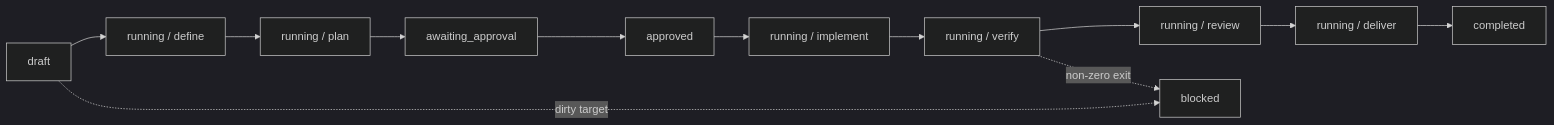
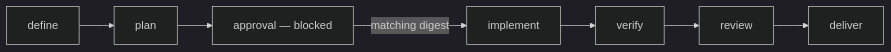
Before and after one commit to forgegod/daidala: the diagram in docs/02-workflow-state.md, drawn with Mermaid (dark theme). The commit also changed other lines of this file and 9 other files, not shown here.

````diff
--- a/docs/02-workflow-state.md
+++ b/docs/02-workflow-state.md
@@ -39,14 +44,9 @@
 ```mermaid
 flowchart LR
-    D["draft"] --> DF["running / define"]
-    DF --> P["running / plan"]
-    P --> G["awaiting_approval"]
-    G --> A["approved"]
-    A --> I["running / implement"]
-    I --> V["running / verify"]
-    V --> R["running / review"]
-    R --> DL["running / deliver"]
-    DL --> C["completed"]
-    D -."dirty target".-> B["blocked"]
-    V -."non-zero exit".-> B
+    D["define"] --> P["plan"]
+    P --> A["approval — blocked"]
+    A -->|"matching digest"| I["implement"]
+    I --> V["verify"]
+    V --> R["review"]
+    R --> DL["deliver"]
 ```
````
